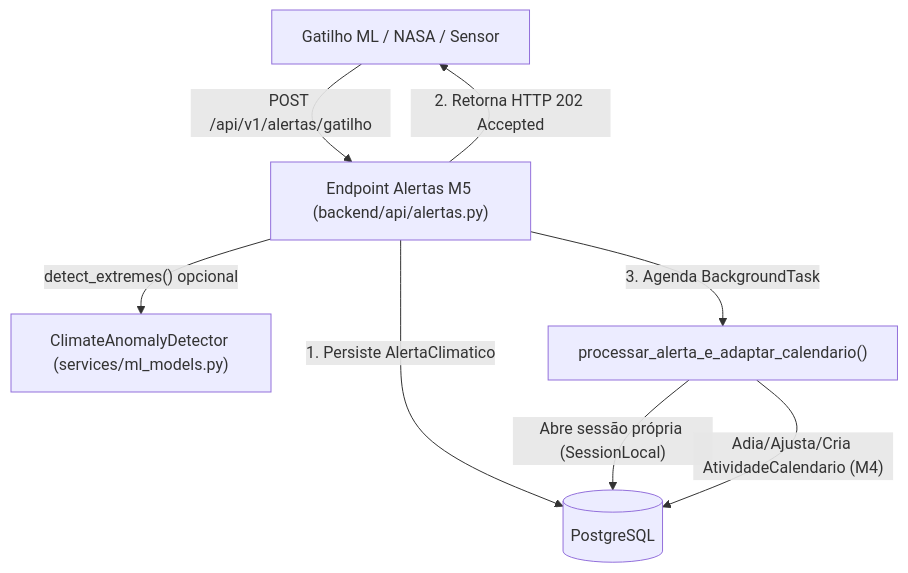
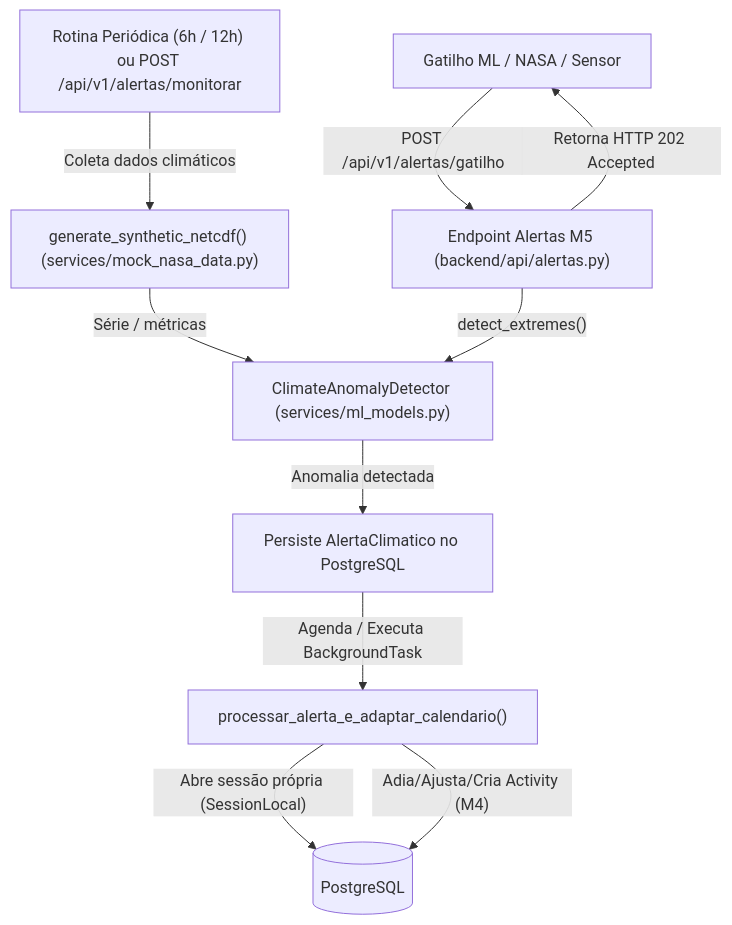
One commit to EdsonToppzera/kultiva changed the third of 3 diagrams in docs/Arquitetura/README.md. Above: the diagram before and after it, drawn with Mermaid. The commit also changed other lines of this file and 1 other file, not shown here.

````diff
--- a/docs/Arquitetura/README.md
+++ b/docs/Arquitetura/README.md
@@ -88,10 +93,12 @@
 ```mermaid
 flowchart TD
+    MON["Rotina Periódica (6h / 12h) ou POST /api/v1/alertas/monitorar"] -->|"Coleta dados climáticos"| MOCK["generate_synthetic_netcdf() (services/mock_nasa_data.py)"]
+    MOCK -->|"Série / métricas"| DET["ClimateAnomalyDetector (services/ml_models.py)"]
     ML["Gatilho ML / NASA / Sensor"] -->|"POST /api/v1/alertas/gatilho"| API["Endpoint Alertas M5 (backend/api/alertas.py)"]
-    API -->|"detect_extremes() opcional"| DET["ClimateAnomalyDetector (services/ml_models.py)"]
-    API -->|"1. Persiste AlertaClimatico"| DB[("PostgreSQL")]
-    API -->|"2. Retorna HTTP 202 Accepted"| ML
-    API -->|"3. Agenda BackgroundTask"| TASK["processar_alerta_e_adaptar_calendario()"]
-    TASK -->|"Abre sessão própria (SessionLocal)"| DB
-    TASK -->|"Adia/Ajusta/Cria AtividadeCalendario (M4)"| DB
+    API -->|"detect_extremes()"| DET
+    DET -->|"Anomalia detectada"| PERSIST["Persiste AlertaClimatico no PostgreSQL"]
+    API -->|"Retorna HTTP 202 Accepted"| ML
+    PERSIST -->|"Agenda / Executa BackgroundTask"| TASK["processar_alerta_e_adaptar_calendario()"]
+    TASK -->|"Abre sessão própria (SessionLocal)"| DB[("PostgreSQL")]
+    TASK -->|"Adia/Ajusta/Cria Activity (M4)"| DB
 ```
````
